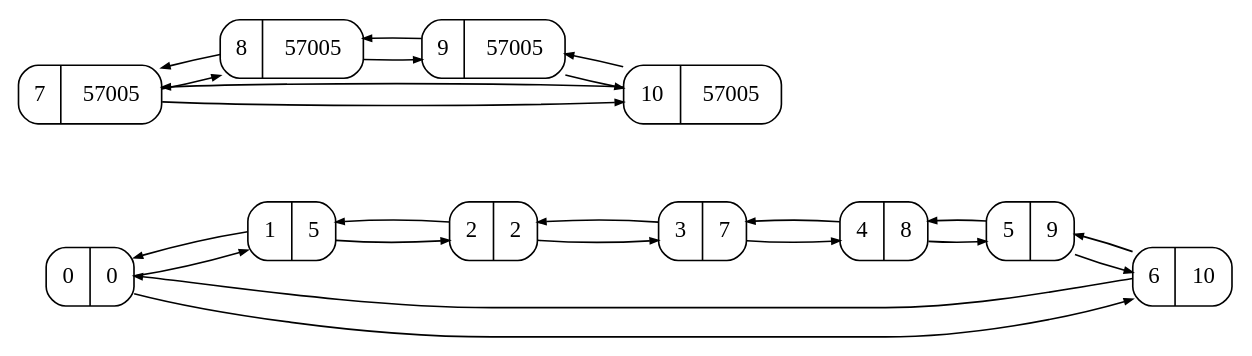
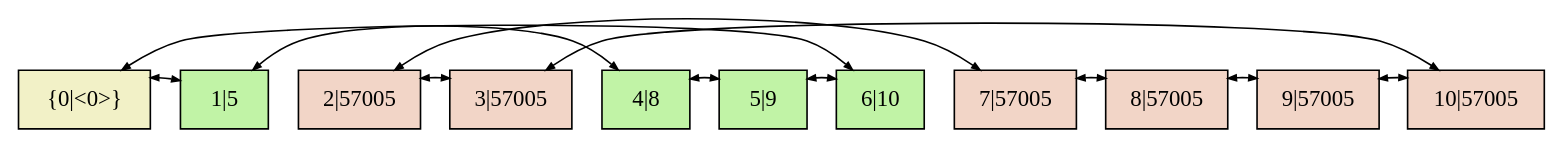
The diagram in r.gv (tsatsulya/Linked_list), drawn with Graphviz before and after one commit. The commit also changed 6 other files, not shown here.

```diff
--- a/r.gv
+++ b/r.gv
@@ -1,39 +1,35 @@
 digraph structs {
-	node [ shape=Mrecord ]
-		rankdir=LR
-		splines = true;
-	struct0 [label="{0|<here> 0}"];
-	struct0 [label="{0|<here> 0}"];
-	struct1 [label="{1|<here> 5}"];
-	struct2 [label="{2|<here> 2}"];
-	struct3 [label="{3|<here> 7}"];
-	struct4 [label="{4|<here> 8}"];
-	struct5 [label="{5|<here> 9}"];
-	struct6 [label="{6|<here> 10}"];
-	struct7 [label="{7|<here> 57005}"];
-	struct8 [label="{8|<here> 57005}"];
-	struct9 [label="{9|<here> 57005}"];
-	struct10 [label="{10|<here> 57005}"];
-struct0 -> struct1 [arrowsize=0.5]
-struct1 -> struct0 [arrowsize=0.5]
-struct1 -> struct2 [arrowsize=0.5]
-struct2 -> struct1 [arrowsize=0.5]
-struct2 -> struct3 [arrowsize=0.5]
-struct3 -> struct2 [arrowsize=0.5]
-struct3 -> struct4 [arrowsize=0.5]
-struct4 -> struct3 [arrowsize=0.5]
-struct4 -> struct5 [arrowsize=0.5]
-struct5 -> struct4 [arrowsize=0.5]
-struct5 -> struct6 [arrowsize=0.5]
-struct6 -> struct5 [arrowsize=0.5]
-struct6 -> struct0 [arrowsize=0.5]
-struct0 -> struct6 [arrowsize=0.5]
-struct7 -> struct8 [arrowsize=0.5]
-struct8 -> struct7 [arrowsize=0.5]
-struct8 -> struct9 [arrowsize=0.5]
-struct9 -> struct8 [arrowsize=0.5]
-struct9 -> struct10 [arrowsize=0.5]
-struct10 -> struct9 [arrowsize=0.5]
-struct10 -> struct7 [arrowsize=0.5]
-struct7 -> struct10 [arrowsize=0.5]
+	subgraph {
+		nodesep = 0.5;
+		node [ shape = box, weight = 100 ];
+		edge [ style = invis, dir=both, arrowsize = 0.5 ];
+
+		struct0 [label="{0|<0>}", style = filled, fillcolor = "#f2f1c7"];
+		struct1 [label="1|5", style = filled, fillcolor = "#c1f3a6"];
+		struct2 [label="2|57005", style = filled, fillcolor = "#f2d5c7"];
+		struct3 [label="3|57005", style = filled, fillcolor = "#f2d5c7"];
+		struct4 [label="4|8", style = filled, fillcolor = "#c1f3a6"];
+		struct5 [label="5|9", style = filled, fillcolor = "#c1f3a6"];
+		struct6 [label="6|10", style = filled, fillcolor = "#c1f3a6"];
+		struct7 [label="7|57005", style = filled, fillcolor = "#f2d5c7"];
+		struct8 [label="8|57005", style = filled, fillcolor = "#f2d5c7"];
+		struct9 [label="9|57005", style = filled, fillcolor = "#f2d5c7"];
+		struct10 [label="10|57005", style = filled, fillcolor = "#f2d5c7"];
+
+
+		{rank = same; struct0; struct1; struct2; struct3; struct4; struct5; struct6; struct7; struct8; struct9; struct10; }
+		struct0 -> struct1 -> struct2 -> struct3 -> struct4 -> struct5 -> struct6 -> struct7 -> struct8 -> struct9 -> struct10
+
+	}
+struct0 -> struct1 [dir=both, arrowsize = 0.5]
+struct1 -> struct4 [dir=both, arrowsize = 0.5]
+struct4 -> struct5 [dir=both, arrowsize = 0.5]
+struct5 -> struct6 [dir=both, arrowsize = 0.5]
+struct6 -> struct0 [dir=both, arrowsize = 0.5]
+struct3 -> struct2 [dir=both, arrowsize = 0.5]
+struct2 -> struct7 [dir=both, arrowsize = 0.5]
+struct7 -> struct8 [dir=both, arrowsize = 0.5]
+struct8 -> struct9 [dir=both, arrowsize = 0.5]
+struct9 -> struct10 [dir=both, arrowsize = 0.5]
+struct10 -> struct3 [dir=both, arrowsize = 0.5]
 }
```
